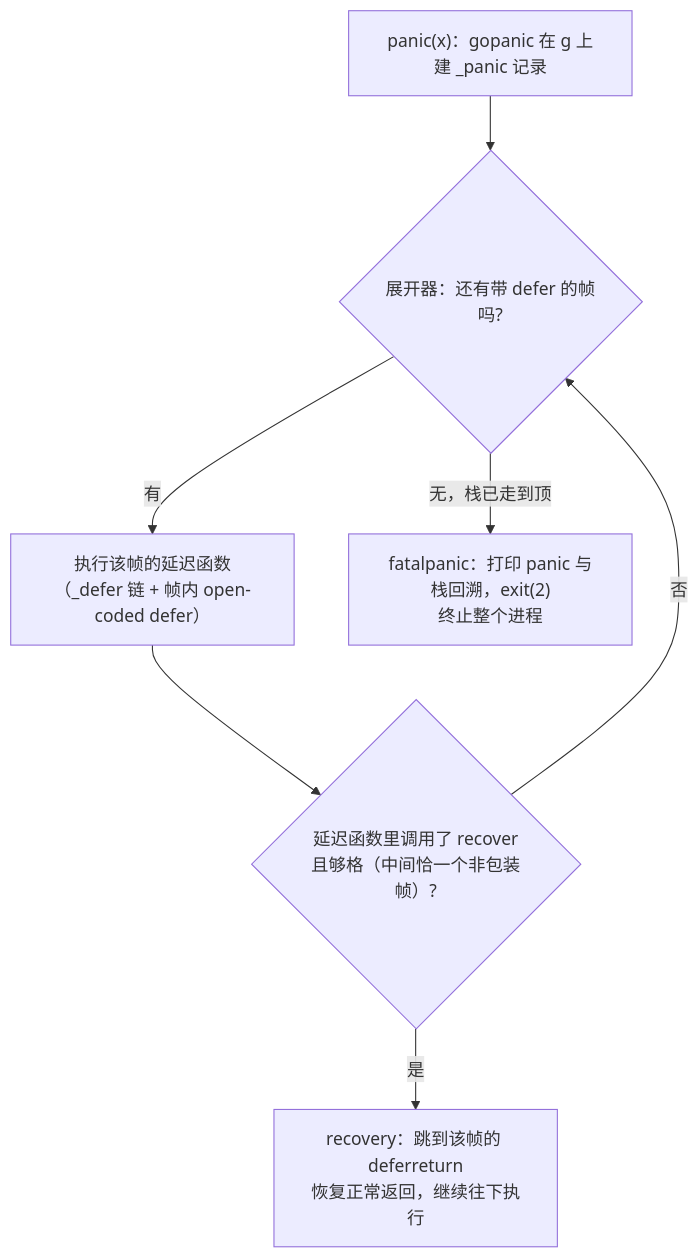
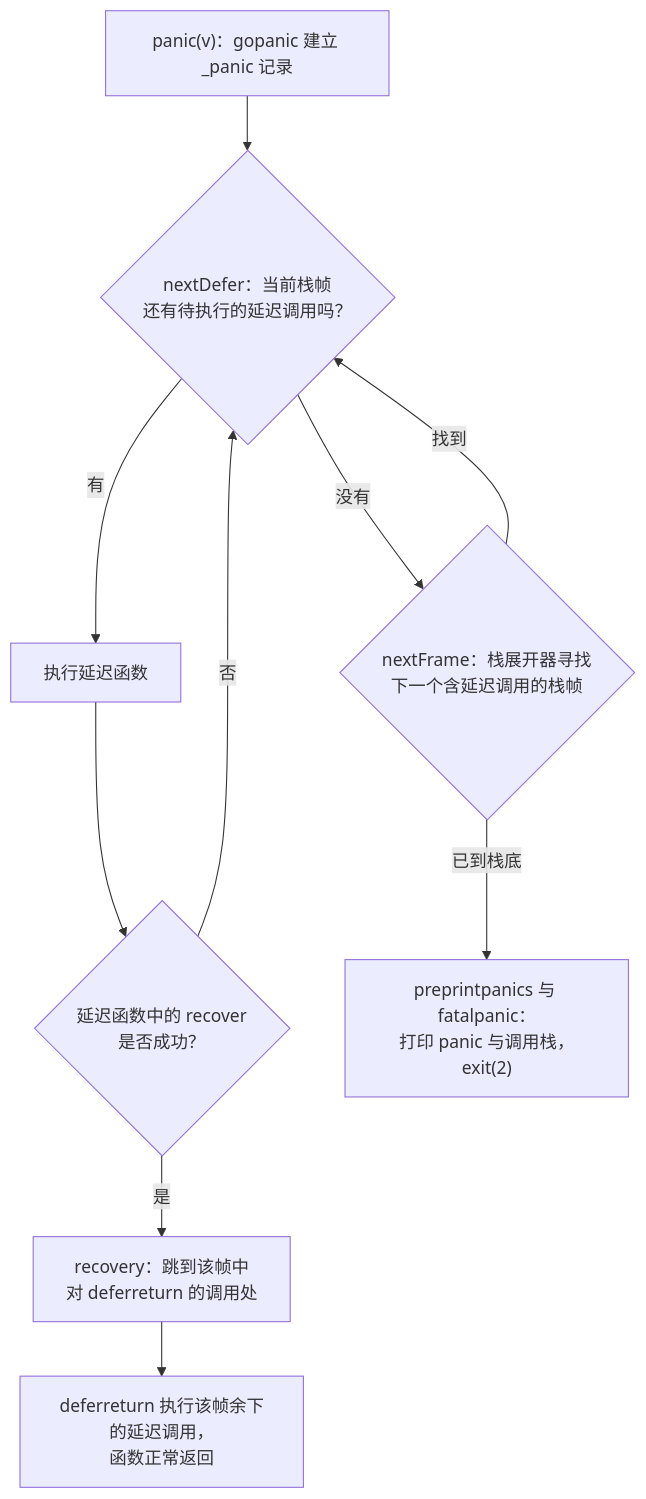
Before and after one commit to golang-design/under-the-hood: the diagram in book/zh-cn/part2lang/ch06func/panic.md, drawn with Mermaid. The commit also changed other lines of this file and 3 other files, not shown here.

First line of the commit message:
content(ch06): deep refresh of the functions, defer and panic chapter (zh)

````diff
--- a/book/zh-cn/part2lang/ch06func/panic.md
+++ b/book/zh-cn/part2lang/ch06func/panic.md
@@ -173,9 +503,12 @@
 ```mermaid
 flowchart TD
-	START["panic(x)：gopanic 在 g 上建 _panic 记录"] --> FRAME{展开器：还有带 defer 的帧吗?}
-	FRAME -->|有| RUN["执行该帧的延迟函数<br/>（_defer 链 + 帧内 open-coded defer）"]
-	RUN --> CHK{延迟函数里调用了 recover<br/>且够格（中间恰一个非包装帧）?}
-	CHK -->|是| RECOVERY["recovery：跳到该帧的 deferreturn<br/>恢复正常返回，继续往下执行"]
-	CHK -->|否| FRAME
-	FRAME -->|无，栈已走到顶| FATAL["fatalpanic：打印 panic 与栈回溯，exit(2)<br/>终止整个进程"]
+    A["panic(v)：gopanic 建立 _panic 记录"] --> B{"nextDefer：当前栈帧<br/>还有待执行的延迟调用吗？"}
+    B -- 有 --> C["执行延迟函数"]
+    C --> E{"延迟函数中的 recover<br/>是否成功？"}
+    E -- 否 --> B
+    E -- 是 --> G["recovery：跳到该帧中<br/>对 deferreturn 的调用处"]
+    G --> H["deferreturn 执行该帧余下的延迟调用，<br/>函数正常返回"]
+    B -- 没有 --> D{"nextFrame：栈展开器寻找<br/>下一个含延迟调用的栈帧"}
+    D -- 找到 --> B
+    D -- 已到栈底 --> F["preprintpanics 与 fatalpanic：<br/>打印 panic 与调用栈，exit(2)"]
 ```
````
